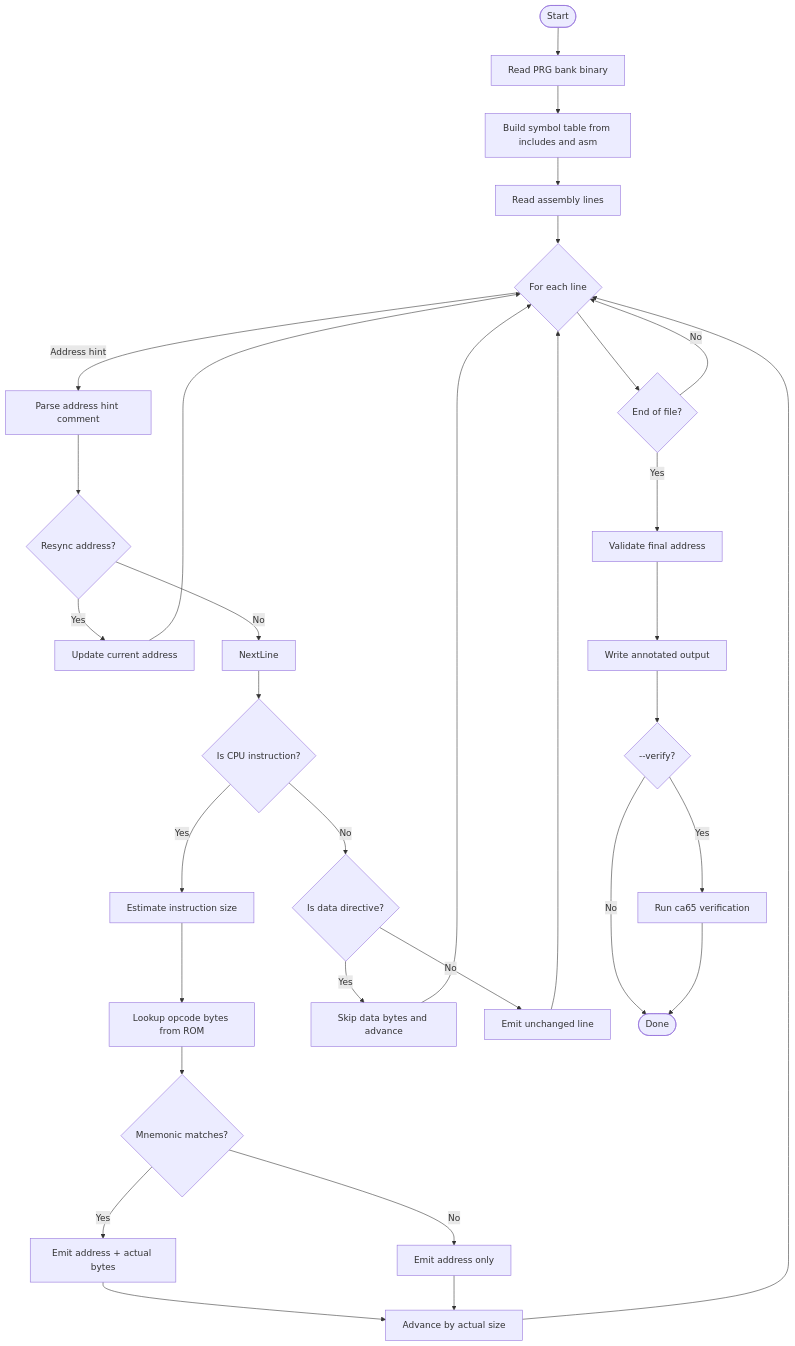
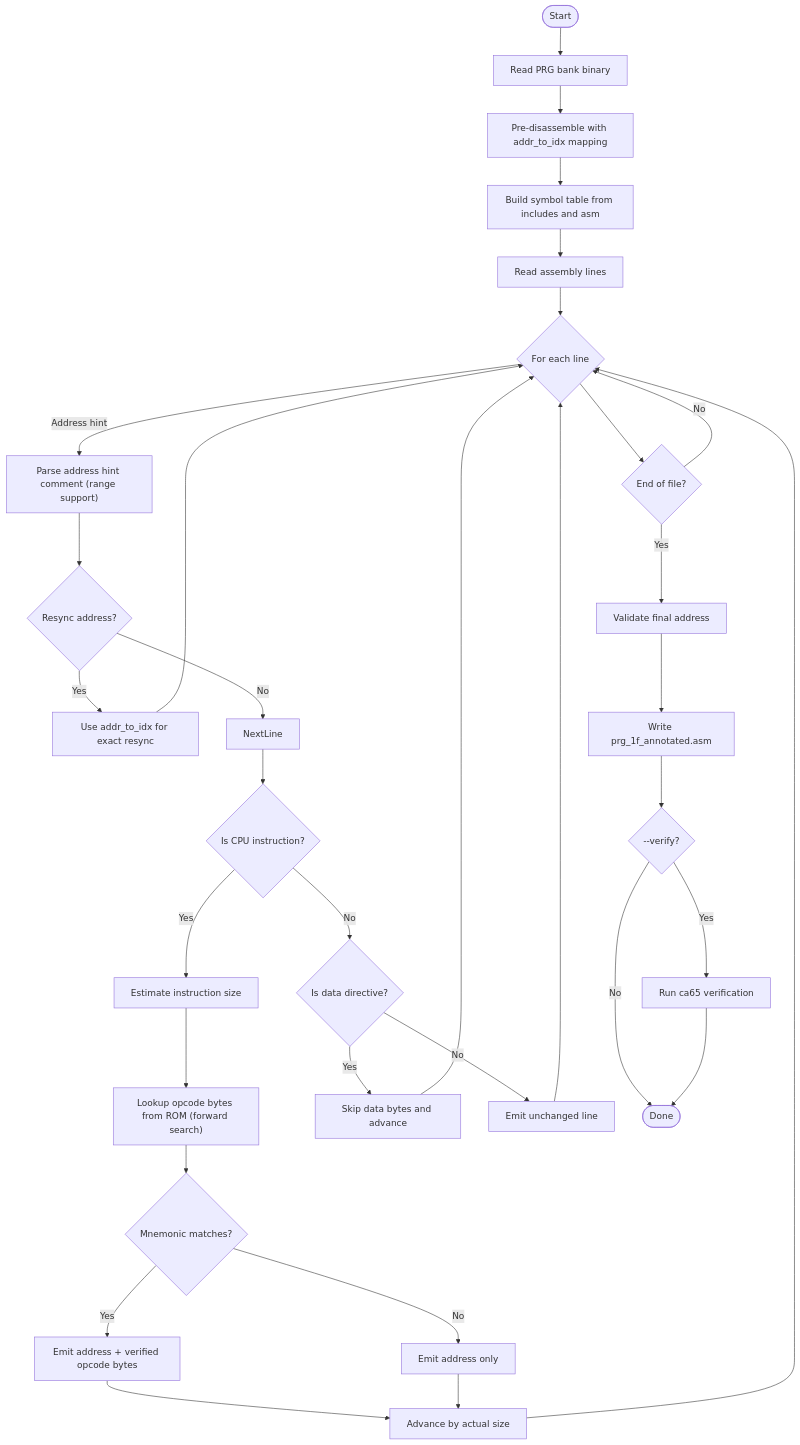
The third of 5 diagrams in .qoder/repowiki/en/content/Build System and Tools/Code Annotation and Documentation Tools.md (rabbyzero/sango2dasm), drawn with Mermaid before and after one commit. The commit also changed other lines of this file and 5 other files, not shown here.

Commit message:
regenerate prg_1f.asm with full binary code comment.

````diff
--- a/.qoder/repowiki/en/content/Build System and Tools/Code Annotation and Documentation Tools.md
+++ b/.qoder/repowiki/en/content/Build System and Tools/Code Annotation and Documentation Tools.md
@@ -123,34 +134,35 @@
 ```mermaid
 flowchart TD
 Start(["Start"]) --> ReadBin["Read PRG bank binary"]
-ReadBin --> BuildSym["Build symbol table from includes and asm"]
+ReadBin --> PreDisasm["Pre-disassemble with addr_to_idx mapping"]
+PreDisasm --> BuildSym["Build symbol table from includes and asm"]
 BuildSym --> ReadAsm["Read assembly lines"]
 ReadAsm --> Loop{"For each line"}
-Loop --> |Address hint| ParseHint["Parse address hint comment"]
+Loop --> |Address hint| ParseHint["Parse address hint comment (range support)"]
 ParseHint --> Sync{"Resync address?"}
-Sync --> |Yes| UpdateAddr["Update current address"]
+Sync --> |Yes| ResyncAddr["Use addr_to_idx for exact resync"]
 Sync --> |No| NextLine
-UpdateAddr --> Loop
+ResyncAddr --> Loop
 NextLine --> IsInstr{"Is CPU instruction?"}
 IsInstr --> |Yes| Estimate["Estimate instruction size"]
-Estimate --> Lookup["Lookup opcode bytes from ROM"]
+Estimate --> Lookup["Lookup opcode bytes from ROM (forward search)"]
 Lookup --> Match{"Mnemonic matches?"}
-Match --> |Yes| EmitBytes["Emit address + actual bytes"]
+Match --> |Yes| EmitBytes["Emit address + verified opcode bytes"]
 Match --> |No| EmitAddrOnly["Emit address only"]
 EmitBytes --> Advance["Advance by actual size"]
 EmitAddrOnly --> Advance
 Advance --> Loop
 IsInstr --> |No| IsData{"Is data directive?"}
 IsData --> |Yes| SkipData["Skip data bytes and advance"]
 SkipData --> Loop
 IsData --> |No| EmitPlain["Emit unchanged line"]
 EmitPlain --> Loop
 Loop --> EndCheck{"End of file?"}
 EndCheck --> |No| Loop
 EndCheck --> |Yes| Validate["Validate final address"]
-Validate --> WriteOut["Write annotated output"]
+Validate --> WriteOut["Write prg_1f_annotated.asm"]
 WriteOut --> Verify{"--verify?"}
 Verify --> |Yes| Ca65["Run ca65 verification"]
 Verify --> |No| Done(["Done"])
 Ca65 --> Done
 ```
````
